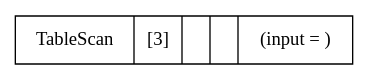
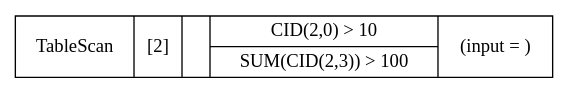
One commit to adarshpannu/kona changed the diagram in plan.dot. Above: the diagram before and after it, drawn with Graphviz. The commit also changed 8 other files, not shown here.

```diff
--- a/plan.dot
+++ b/plan.dot
@@ -1,7 +1,7 @@
 digraph example1 {
     node [shape=record];
     rankdir=BT;
     nodesep=0.5;
     ordering="in";
-    popnodePOPId1v1[label="TableScan|[3]||{}|(input = )"];
+    popnodePOPId1v1[label="TableScan|[2]||{CID(2,0) \> 10|SUM(CID(2,3)) \> 100}|(input = )"];
 }
```
